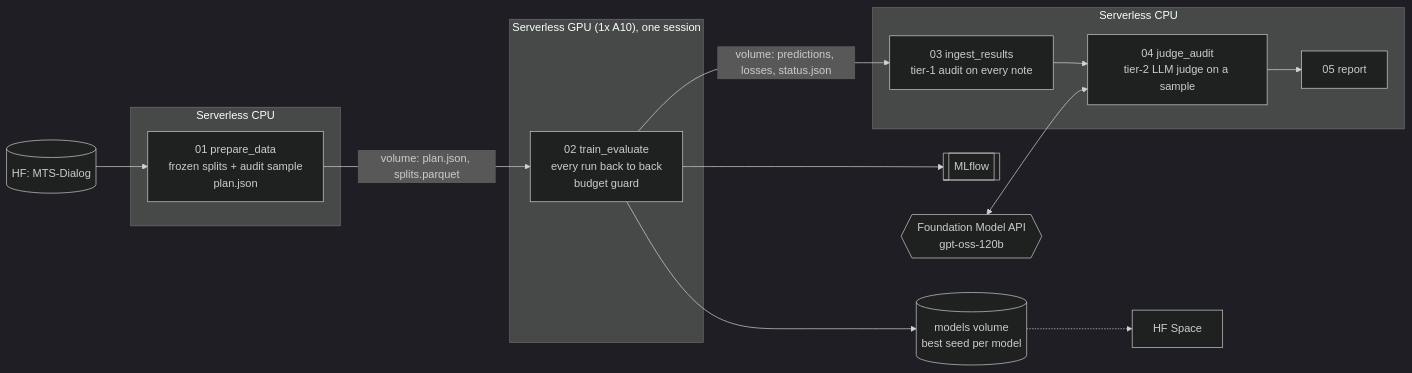
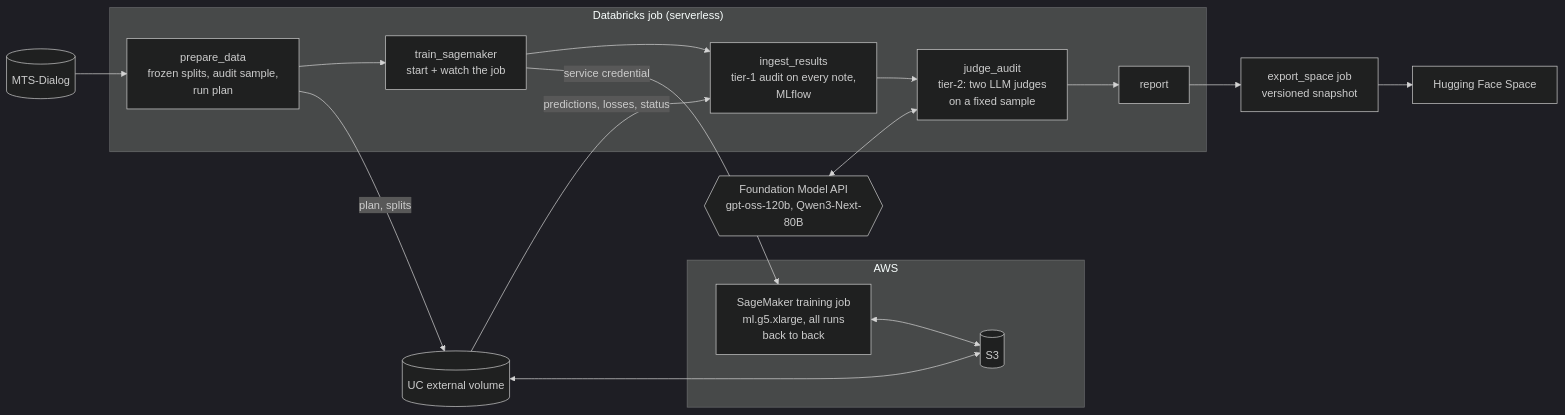
Before and after one commit to itstheryguy/nlp_med_notes: the diagram in README.md, drawn with Mermaid (dark theme). The commit also changed other lines of this file and 3 other files, not shown here.

````diff
--- a/README.md
+++ b/README.md
@@ -13,22 +39,23 @@
 ```mermaid
 flowchart LR
-    hf[("HF: MTS-Dialog")] --> prep
-    subgraph cpu1["Serverless CPU"]
-        prep["01 prepare_data<br/>frozen splits + audit sample<br/>plan.json"]
+    hf[("MTS-Dialog")] --> prep
+    subgraph dbx["Databricks job (serverless)"]
+        prep["prepare_data<br/>frozen splits, audit sample,<br/>run plan"]
+        train["train_sagemaker<br/>start + watch the job"]
+        ingest["ingest_results<br/>tier-1 audit on every note,<br/>MLflow"]
+        judge["judge_audit<br/>tier-2: two LLM judges<br/>on a fixed sample"]
+        report["report"]
+        prep --> train --> ingest --> judge --> report
     end
-    subgraph gpu["Serverless GPU (1x A10), one session"]
-        train["02 train_evaluate<br/>every run back to back<br/>budget guard"]
+    subgraph aws["AWS"]
+        sm["SageMaker training job<br/>ml.g5.xlarge, all runs<br/>back to back"]
+        s3[("S3")]
     end
-    subgraph cpu2["Serverless CPU"]
-        ingest["03 ingest_results<br/>tier-1 audit on every note"]
-        judge["04 judge_audit<br/>tier-2 LLM judge on a sample"]
-        report["05 report"]
-    end
-    prep -- "volume: plan.json, splits.parquet" --> train
-    train -- "volume: predictions, losses, status.json" --> ingest
-    train --> models[("models volume<br/>best seed per model")]
-    train --> mlflow[["MLflow"]]
-    ingest --> judge --> report
-    fm{{"Foundation Model API<br/>gpt-oss-120b"}} <--> judge
-    models -.-> space["HF Space"]
+    vol[("UC external volume")] <--> s3
+    prep -- "plan, splits" --> vol
+    train -- "service credential" --> sm
+    sm <--> s3
+    vol -- "predictions, losses, status" --> ingest
+    fm{{"Foundation Model API<br/>gpt-oss-120b, Qwen3-Next-80B"}} <--> judge
+    report --> exp["export_space job<br/>versioned snapshot"] --> space["Hugging Face Space"]
 ```
````
